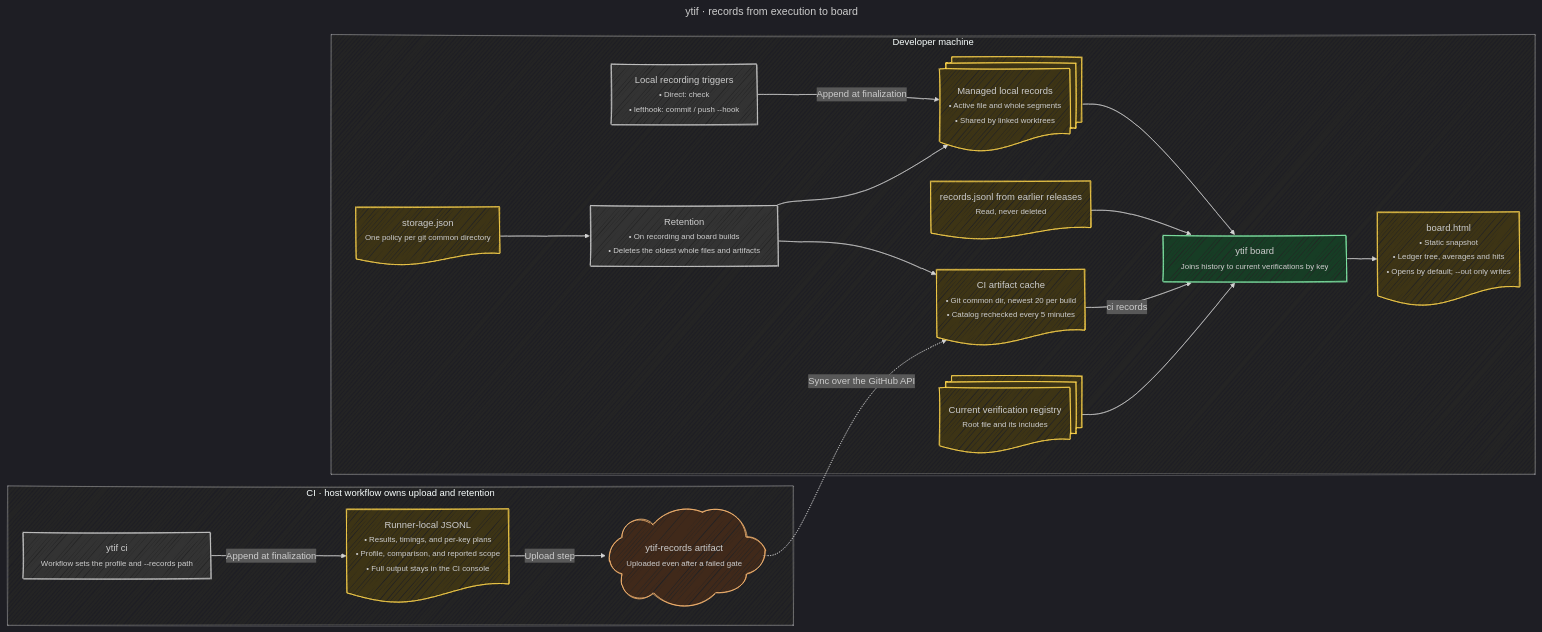
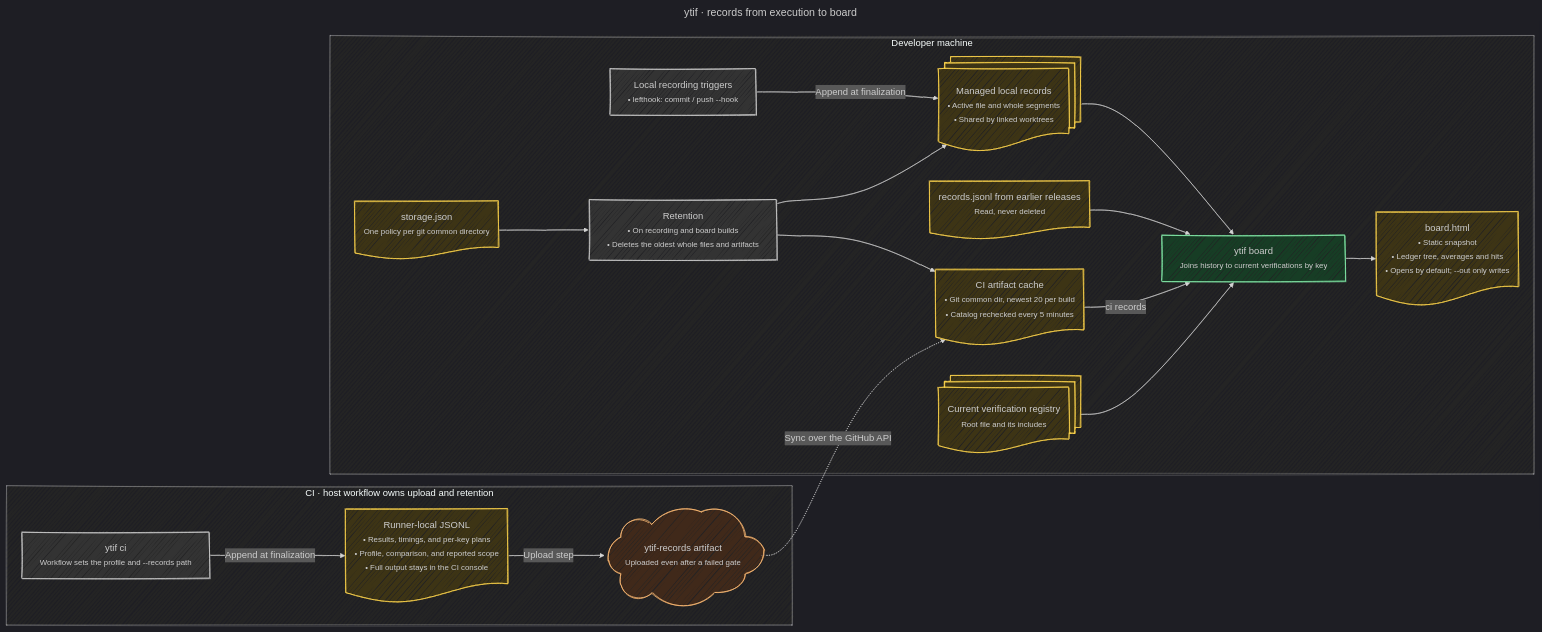
One commit to undervoke/ytif changed the diagram in blueprint/records.mermaid. Above: the diagram before and after it, drawn with Mermaid. The commit also changed 31 other files, not shown here.

```diff
--- a/blueprint/records.mermaid
+++ b/blueprint/records.mermaid
@@ -1,73 +1,73 @@
 ---
 title: ytif · records from execution to board
 config:
   look: handDrawn
   handDrawnSeed: 5
   theme: dark
   themeVariables:
     mainBkg: "#333333"
     clusterBkg: "#242424"
   themeCSS: |
     small { display: inline-block; text-align: left; }
   flowchart:
     wrappingWidth: 270
 ---
 %% Behavior authority: internal/gate/gate.go (recordLines, writeRecords), internal/record, internal/storage, internal/cirecords, internal/cli/cli.go (runGate, runBoard), internal/board/board.go (Render), .github/workflows/ci.yml and README.md (Records and board).
 %% CI upload is configured by the host workflow; ytif itself writes a local file. Artifact retention is also host-owned.
 %% Recording-enabled runs append at gate finalization, including ordinary failures. An early exit or forced termination may leave no records; interrupted work has no completed result.
 %% The board reads the local records and, on GitHub, syncs the repository's artifacts into a cache beside them; --records chooses other local files.
 flowchart LR
   subgraph Host["CI · host workflow owns upload and retention"]
     CIGate["ytif ci<br/><small>Workflow sets the profile and --records path</small>"]
     CIRec@{ shape: doc, label: "Runner-local JSONL<br/><small>• Results, timings, and per-key plans<br/>• Profile, comparison, and reported scope<br/>• Full output stays in the CI console</small>" }
     %% dinyd: internal/gate/gate.go#recordLines s1:40e67d8155cf6d7e
     Artifact@{ shape: cloud, label: "ytif-records artifact<br/><small>Uploaded even after a failed gate</small>" }
     %% dinyd: internal/record/record.go#ArtifactName s1:7cb35f171e9231c3
     %% dinyd: internal/record/record.go#ArtifactFile s1:89465f0422dd423c
     CIGate -->|Append at finalization| CIRec
-    %% dinyd: internal/gate/gate.go#Run s1:f7690a3f1e794db6
+    %% dinyd: internal/gate/gate.go#Run s1:d0872c1ebf297c21
     CIRec -->|Upload step| Artifact
     %% dinyd: .github/workflows/ci.yml#/jobs/ytif/steps/6 s1:e0faf688a33499c5
   end
 
   subgraph Dev["Developer machine"]
-    LocalGate["Local recording triggers<br/><small>• Direct: check<br/>• lefthook: commit / push --hook</small>"]
-    %% dinyd: internal/cli/cli.go#runGate s1:c6687d5ee04bb598
+    LocalGate["Local recording triggers<br/><small>• lefthook: commit / push --hook</small>"]
+    %% dinyd: internal/cli/cli.go#runGate s1:6d7429a2058fb3c0
     Default@{ shape: docs, label: "Managed local records<br/><small>• Active file and whole segments<br/>• Shared by linked worktrees</small>" }
     %% dinyd: internal/gate/gate.go#writeRecords s1:ca09717033ae166a
     %% dinyd: internal/record/record.go#DefaultPath s1:ca79b9c2bc10b015
     Legacy@{ shape: doc, label: "records.jsonl from earlier releases<br/><small>Read, never deleted</small>" }
     %% dinyd: internal/record/managed.go#ReadManaged s1:9a5b80a1f826ad01
     Policy@{ shape: doc, label: "storage.json<br/><small>One policy per git common directory</small>" }
     %% dinyd: internal/storage/storage.go#Load s1:0ba85313cec0c9d2
     Maintain["Retention<br/><small>• On recording and board builds<br/>• Deletes the oldest whole files and artifacts</small>"]
     %% dinyd: internal/record/managed.go#Maintain s1:bd2e59d49354e99e
     Cache@{ shape: doc, label: "CI artifact cache<br/><small>• Git common dir, newest 20 per build<br/>• Catalog rechecked every 5 minutes</small>" }
     %% dinyd: internal/cirecords/cirecords.go#CacheDir s1:574c952dc4063ca7
     %% dinyd: internal/cirecords/cirecords.go#syncer.sync s1:6081eb13c63d30f1
     %% dinyd: internal/cirecords/cirecords.go#catalogTTL s1:ac8ca11e8073982d
     %% dinyd: internal/cirecords/cirecords.go#maxDownloads s1:e27819ca56ccc4ba
     Registry@{ shape: docs, label: "Current verification registry<br/><small>Root file and its includes</small>" }
     Board["ytif board<br/><small>Joins history to current verifications by key</small>"]
     %% dinyd: internal/cli/cli.go#runBoard s1:9900fb06a94fcf25
     HTML@{ shape: doc, label: "board.html<br/><small>• Static snapshot<br/>• Ledger tree, averages and hits<br/>• Opens by default; --out only writes</small>" }
     %% dinyd: internal/board/board.go#Render s1:c7be22f94b532a23
     LocalGate -->|Append at finalization| Default
     Policy --> Maintain
     Maintain --> Default
     Maintain --> Cache
     %% dinyd: internal/cirecords/retention.go#syncer.runGC s1:76c793dbc299453a
     Default --> Board
     Legacy --> Board
     Cache -->|ci records| Board
     Registry --> Board --> HTML
   end
 
   Artifact -.->|Sync over the GitHub API| Cache
 
   classDef em fill:#173d25,stroke:#86efac
   classDef file fill:#3d3415,stroke:#fcd34d
   classDef ext fill:#40291a,stroke:#fdba74
   class Board em
   class CIRec,Default,Legacy,Policy,Cache,Registry,HTML file
   class Artifact ext
```
